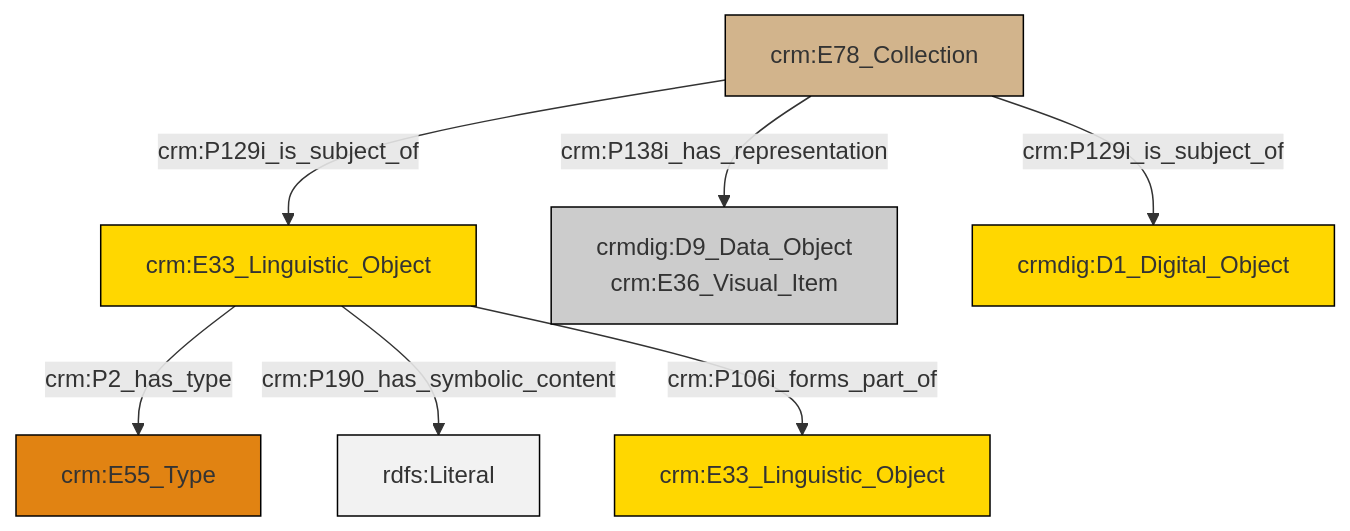
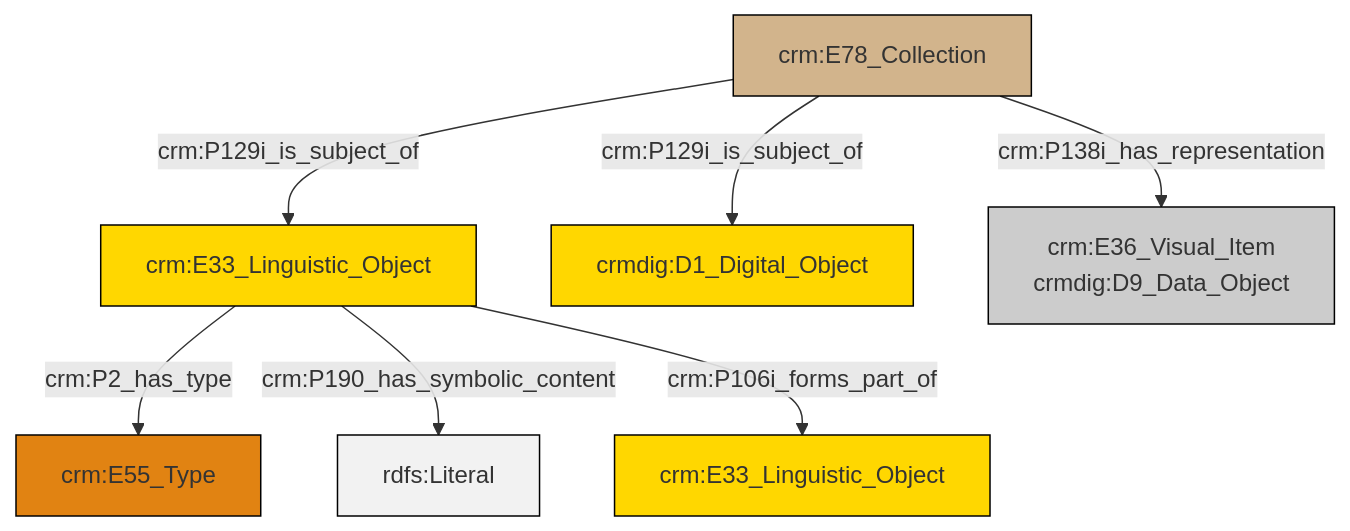
The diagram in et/archivalCSV/ttl/mmd/archival_docs.ttl.mmd (swiss-art-research-net/docs.swissartresearch), drawn with Mermaid before and after one commit. The commit also changed 179 other files, not shown here.

```diff
--- a/et/archivalCSV/ttl/mmd/archival_docs.ttl.mmd
+++ b/et/archivalCSV/ttl/mmd/archival_docs.ttl.mmd
@@ -1,21 +1,21 @@
 graph TD
 classDef Literal fill:#f2f2f2,stroke:#000000;
 classDef CRM_Entity fill:#FFFFFF,stroke:#000000;
 classDef Temporal_Entity fill:#00C9E6, stroke:#000000;
 classDef Type fill:#E18312, stroke:#000000;
 classDef Time-Span fill:#2C9C91, stroke:#000000;
 classDef Appellation fill:#FFEB7F, stroke:#000000;
 classDef Place fill:#008836, stroke:#000000;
 classDef Persistent_Item fill:#B266B2, stroke:#000000;
 classDef Conceptual_Object fill:#FFD700, stroke:#000000;
 classDef Physical_Thing fill:#D2B48C, stroke:#000000;
 classDef Actor fill:#f58aad, stroke:#000000;
 classDef PC_Classes fill:#4ce600, stroke:#000000;
 classDef Multi fill:#cccccc,stroke:#000000;
 
 0["crm:E33_Linguistic_Object"]:::Conceptual_Object -->|crm:P2_has_type| 1["crm:E55_Type"]:::Type
-0["crm:E33_Linguistic_Object"]:::Conceptual_Object -->|crm:P190_has_symbolic_content| 2[rdfs:Literal]:::Literal
-0["crm:E33_Linguistic_Object"]:::Conceptual_Object -->|crm:P106i_forms_part_of| 7["crm:E33_Linguistic_Object"]:::Conceptual_Object
-10["crm:E78_Collection"]:::Physical_Thing -->|crm:P129i_is_subject_of| 11["crmdig:D1_Digital_Object"]:::Conceptual_Object
-10["crm:E78_Collection"]:::Physical_Thing -->|crm:P129i_is_subject_of| 0["crm:E33_Linguistic_Object"]:::Conceptual_Object
-10["crm:E78_Collection"]:::Physical_Thing -->|crm:P138i_has_representation| 3["crmdig:D9_Data_Object<br>crm:E36_Visual_Item"]:::Multi
+2["crm:E78_Collection"]:::Physical_Thing -->|crm:P129i_is_subject_of| 3["crmdig:D1_Digital_Object"]:::Conceptual_Object
+2["crm:E78_Collection"]:::Physical_Thing -->|crm:P138i_has_representation| 4["crm:E36_Visual_Item<br>crmdig:D9_Data_Object"]:::Multi
+2["crm:E78_Collection"]:::Physical_Thing -->|crm:P129i_is_subject_of| 0["crm:E33_Linguistic_Object"]:::Conceptual_Object
+0["crm:E33_Linguistic_Object"]:::Conceptual_Object -->|crm:P190_has_symbolic_content| 12[rdfs:Literal]:::Literal
+0["crm:E33_Linguistic_Object"]:::Conceptual_Object -->|crm:P106i_forms_part_of| 10["crm:E33_Linguistic_Object"]:::Conceptual_Object
```
